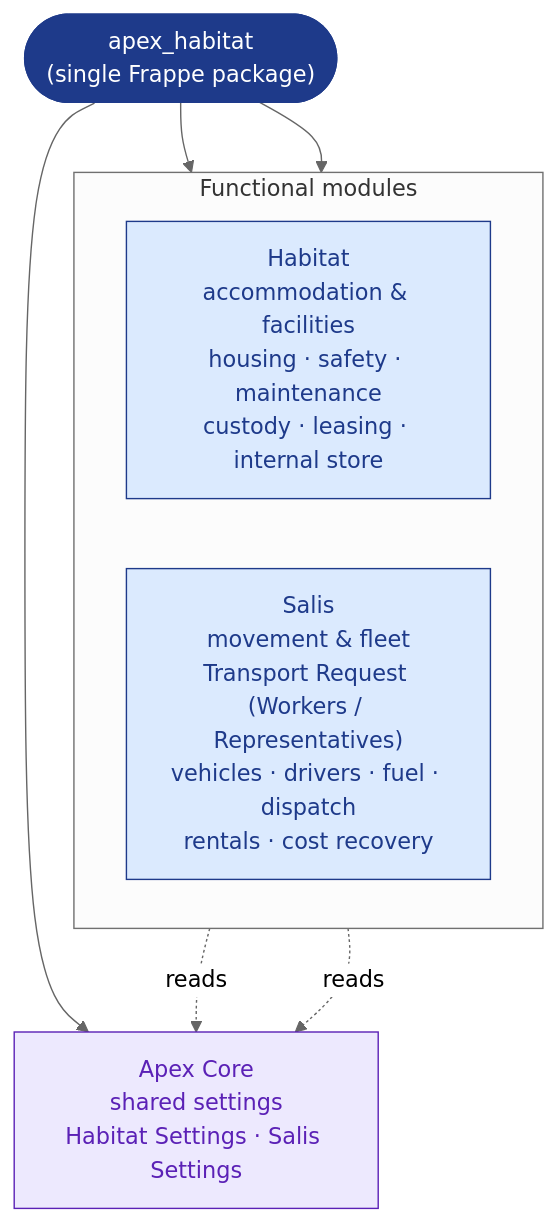
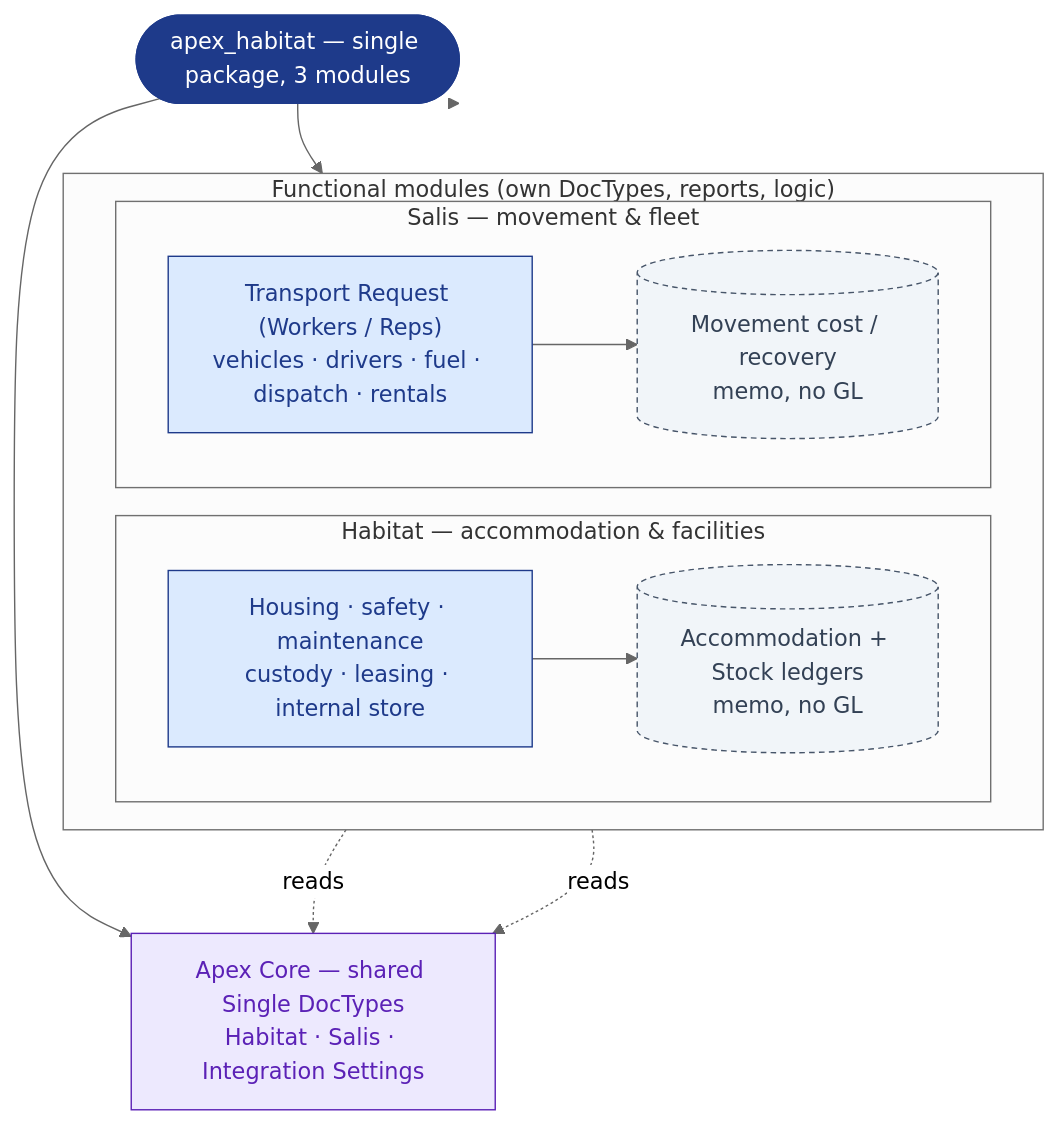
Before and after one commit to iabodysa/apex: the first of 6 diagrams in README.md, drawn with Mermaid (neutral theme). The commit also changed other lines of this file, not shown here.

First line of the commit message:
docs: elevate then tighten README architecture diagrams (multi-perspective, concise)

````diff
--- a/README.md
+++ b/README.md
@@ -75,22 +21,31 @@
 ```mermaid
 flowchart TB
-    PKG(["apex_habitat<br/>(single Frappe package)"]):::hub
+    PKG(["apex_habitat — single package, 3 modules"]):::hub
 
-    subgraph Functional ["Functional modules"]
+    subgraph Functional ["Functional modules (own DocTypes, reports, logic)"]
         direction LR
-        HAB["Habitat<br/>accommodation & facilities<br/>housing · safety · maintenance<br/>custody · leasing · internal store"]:::dom
-        SAL["Salis<br/>movement & fleet<br/>Transport Request (Workers / Representatives)<br/>vehicles · drivers · fuel · dispatch<br/>rentals · cost recovery"]:::dom
+        subgraph HABG ["Habitat — accommodation & facilities"]
+            HAB["Housing · safety · maintenance<br/>custody · leasing · internal store"]:::dom
+            HLED[("Accommodation + Stock ledgers<br/>memo, no GL")]:::sink
+        end
+        subgraph SALG ["Salis — movement & fleet"]
+            SAL["Transport Request (Workers / Reps)<br/>vehicles · drivers · fuel · dispatch · rentals"]:::dom
+            SLED[("Movement cost / recovery<br/>memo, no GL")]:::sink
+        end
     end
 
-    CORE["Apex Core<br/>shared settings<br/>Habitat Settings · Salis Settings"]:::core
+    CORE["Apex Core — shared Single DocTypes<br/>Habitat · Salis · Integration Settings"]:::core
 
-    PKG --> HAB
-    PKG --> SAL
+    PKG --> HABG
+    PKG --> SALG
     PKG --> CORE
-    HAB -. "reads" .-> CORE
-    SAL -. "reads" .-> CORE
+    HAB --> HLED
+    SAL --> SLED
+    HAB -. reads .-> CORE
+    SAL -. reads .-> CORE
 
-    classDef hub fill:#1e3a8a,stroke:#1e3a8a,color:#ffffff;
+    classDef hub fill:#1e3a8a,stroke:#1e3a8a,color:#fff;
     classDef dom fill:#dbeafe,stroke:#1e3a8a,color:#1e3a8a;
     classDef core fill:#ede9fe,stroke:#5b21b6,color:#5b21b6;
+    classDef sink fill:#f1f5f9,stroke:#475569,color:#334155,stroke-dasharray:4 3;
 ```
````
